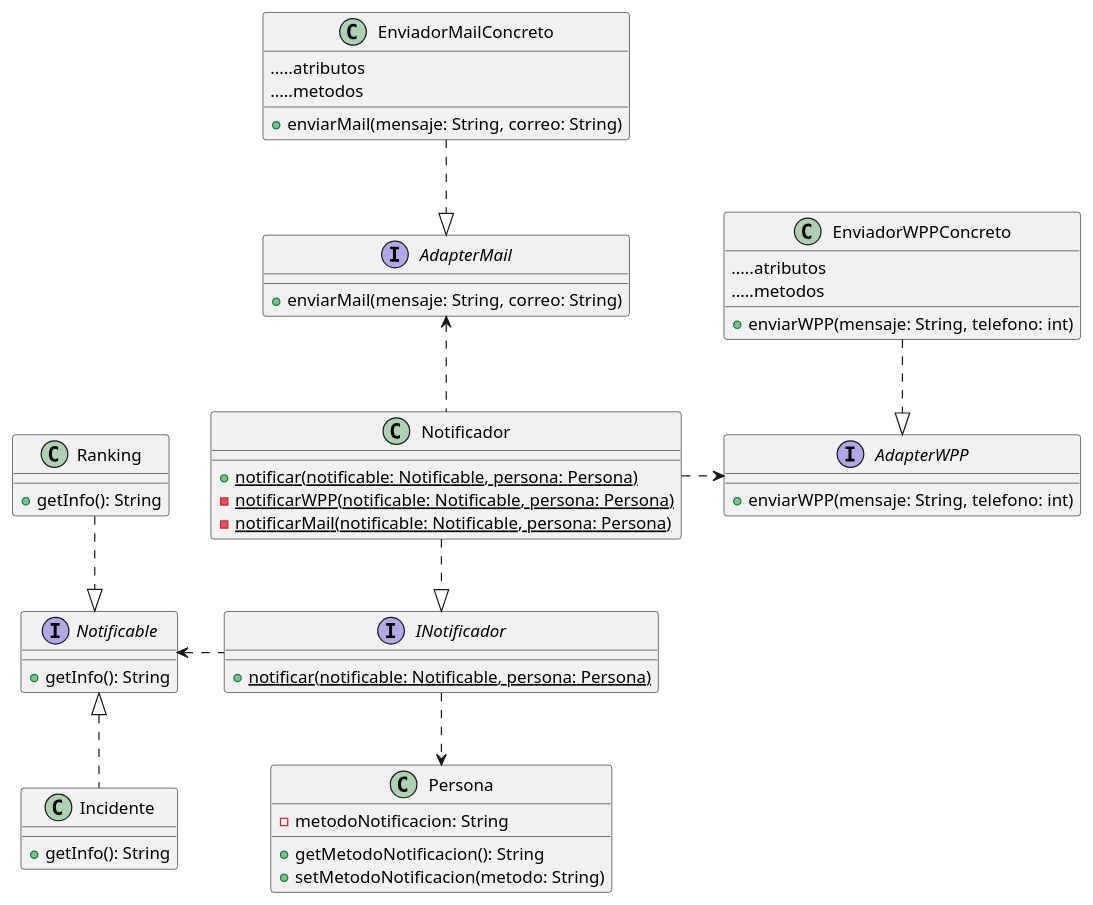
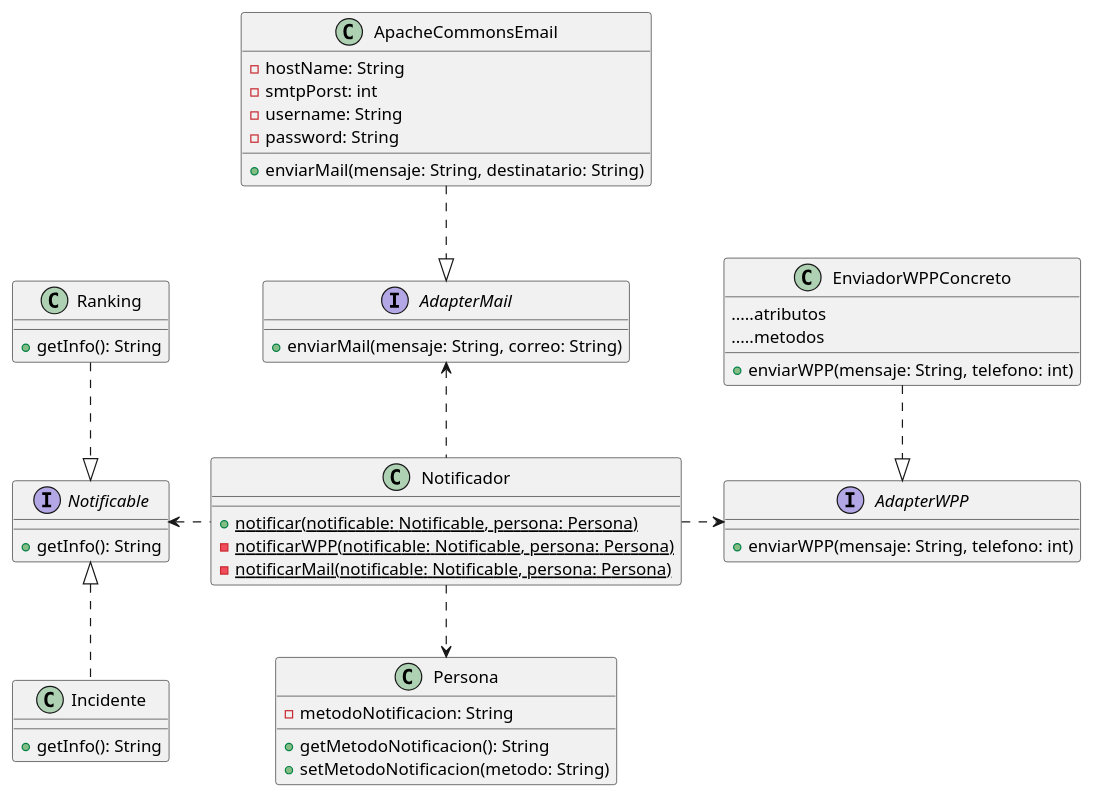
One commit to mbertogliati/dds-tpa changed the diagram in DC/dc-e3-notificador.puml. Above: the diagram before and after it, drawn with PlantUML. The commit also changed 11 other files, not shown here.

Commit message:
Agrego ApacheCommons para enviar mails, DC, implementación y tests

```diff
--- a/DC/dc-e3-notificador.puml
+++ b/DC/dc-e3-notificador.puml
@@ -1,63 +1,60 @@
 @startuml
 skinparam linetype ortho
 
 class Persona{
     -metodoNotificacion: String
 
     +getMetodoNotificacion(): String
     +setMetodoNotificacion(metodo: String)
 }
 
 interface Notificable{
     +getInfo(): String
 }
 
 class Ranking{
     +getInfo(): String
 }
 class Incidente{
     +getInfo(): String
 }
 Ranking .down.|> Notificable
 Incidente .up.|> Notificable
 
-interface INotificador{
-    {static}+notificar(notificable: Notificable, persona: Persona)
-}
-
-Notificador ..|> INotificador
-
-INotificador ..> Persona
-INotificador .left.> Notificable
+Notificador ..> Persona
+Notificador .left.> Notificable
 
 class Notificador{
     {static}+notificar(notificable: Notificable, persona: Persona)
     {static}-notificarWPP(notificable: Notificable, persona: Persona)
     {static}-notificarMail(notificable: Notificable, persona: Persona)
 }
 
 Notificador .up.> AdapterMail
 Notificador .right.> AdapterWPP
 
 interface AdapterMail{
     +enviarMail(mensaje: String, correo: String)
 }
 
-class EnviadorMailConcreto{
-    .....atributos
-    +enviarMail(mensaje: String, correo: String)
-    .....metodos
+class ApacheCommonsEmail{
+    -hostName: String
+    -smtpPorst: int
+    -username: String
+    -password: String
+
+    +enviarMail(mensaje: String, destinatario: String)
 }
-EnviadorMailConcreto ..|> AdapterMail
+ApacheCommonsEmail ..|> AdapterMail
 
 interface AdapterWPP{
     +enviarWPP(mensaje: String, telefono: int)
 }
 class EnviadorWPPConcreto{
     .....atributos
     +enviarWPP(mensaje: String, telefono: int)
     .....metodos
 }
 EnviadorWPPConcreto ..|> AdapterWPP
 
 @enduml
```
